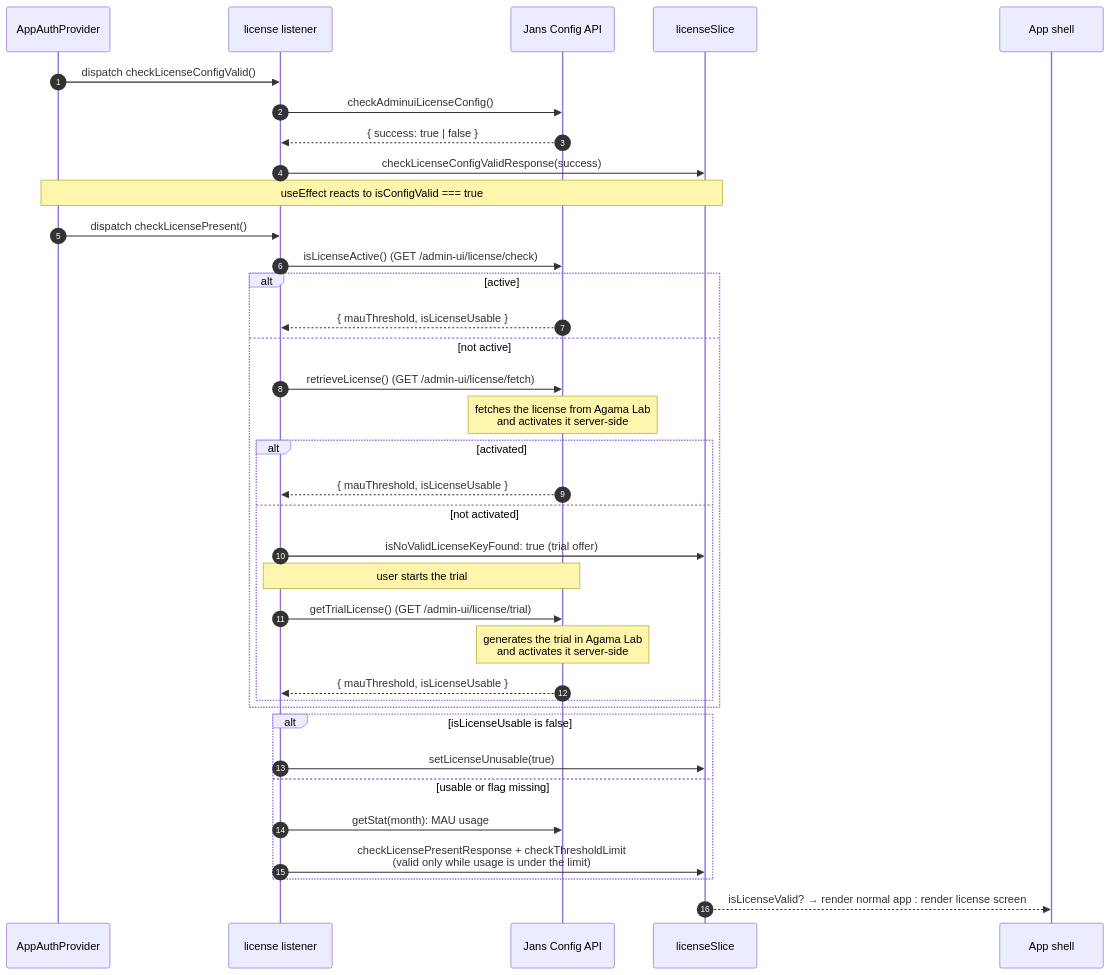
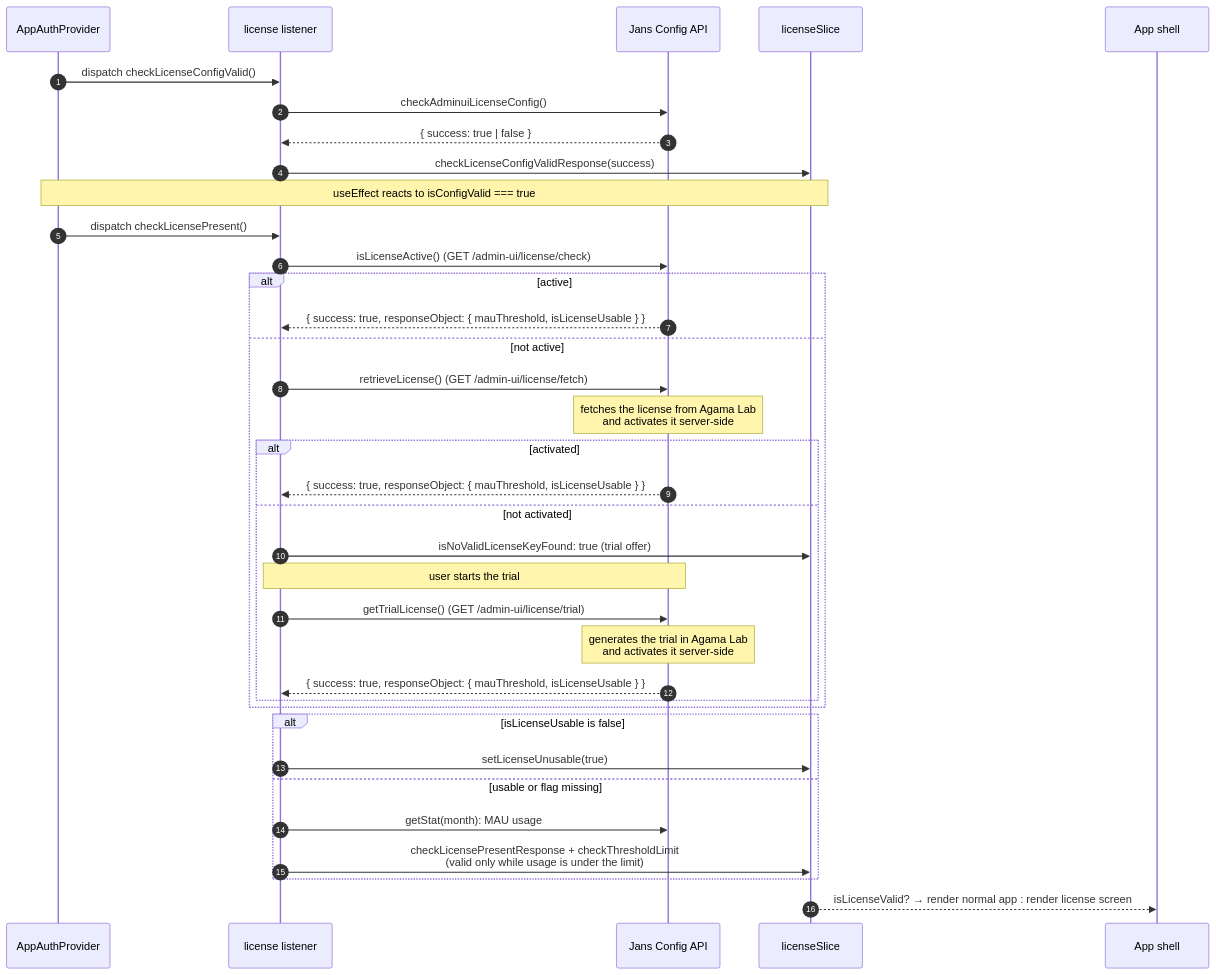
The third of 3 diagrams in admin-ui/docs/auth.md (GluuFederation/flex), drawn with Mermaid before and after one commit.

Commit message:
docs(admin-ui): resolve comments on the pr

````diff
--- a/admin-ui/docs/auth.md
+++ b/admin-ui/docs/auth.md
@@ -119,42 +119,42 @@
 ```mermaid
 sequenceDiagram
     autonumber
     participant Provider as AppAuthProvider
     participant Listener as license listener
     participant API as Jans Config API
     participant Slice as licenseSlice
     participant UI as App shell
 
     Provider->>Listener: dispatch checkLicenseConfigValid()
     Listener->>API: checkAdminuiLicenseConfig()
     API-->>Listener: { success: true | false }
     Listener->>Slice: checkLicenseConfigValidResponse(success)
 
     Note over Provider,Slice: useEffect reacts to isConfigValid === true
 
     Provider->>Listener: dispatch checkLicensePresent()
     Listener->>API: isLicenseActive() (GET /admin-ui/license/check)
     alt active
-        API-->>Listener: { mauThreshold, isLicenseUsable }
+        API-->>Listener: { success: true, responseObject: { mauThreshold, isLicenseUsable } }
     else not active
         Listener->>API: retrieveLicense() (GET /admin-ui/license/fetch)
         Note over API: fetches the license from Agama Lab<br/>and activates it server-side
         alt activated
-            API-->>Listener: { mauThreshold, isLicenseUsable }
+            API-->>Listener: { success: true, responseObject: { mauThreshold, isLicenseUsable } }
         else not activated
             Listener->>Slice: isNoValidLicenseKeyFound: true (trial offer)
             Note over Listener,API: user starts the trial
             Listener->>API: getTrialLicense() (GET /admin-ui/license/trial)
             Note over API: generates the trial in Agama Lab<br/>and activates it server-side
-            API-->>Listener: { mauThreshold, isLicenseUsable }
+            API-->>Listener: { success: true, responseObject: { mauThreshold, isLicenseUsable } }
         end
     end
     alt isLicenseUsable is false
         Listener->>Slice: setLicenseUnusable(true)
     else usable or flag missing
         Listener->>API: getStat(month): MAU usage
         Listener->>Slice: checkLicensePresentResponse + checkThresholdLimit<br/>(valid only while usage is under the limit)
     end
 
     Slice-->>UI: isLicenseValid? → render normal app : render license screen
 ```
````
